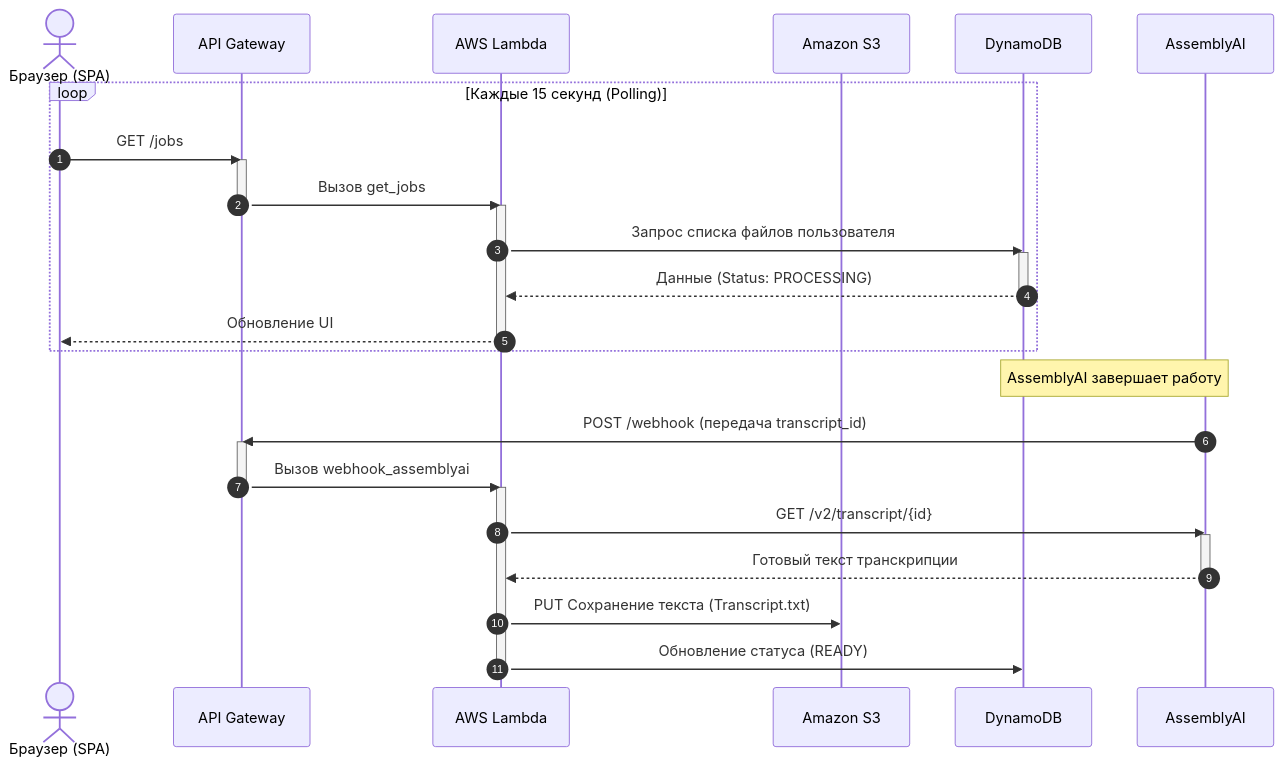
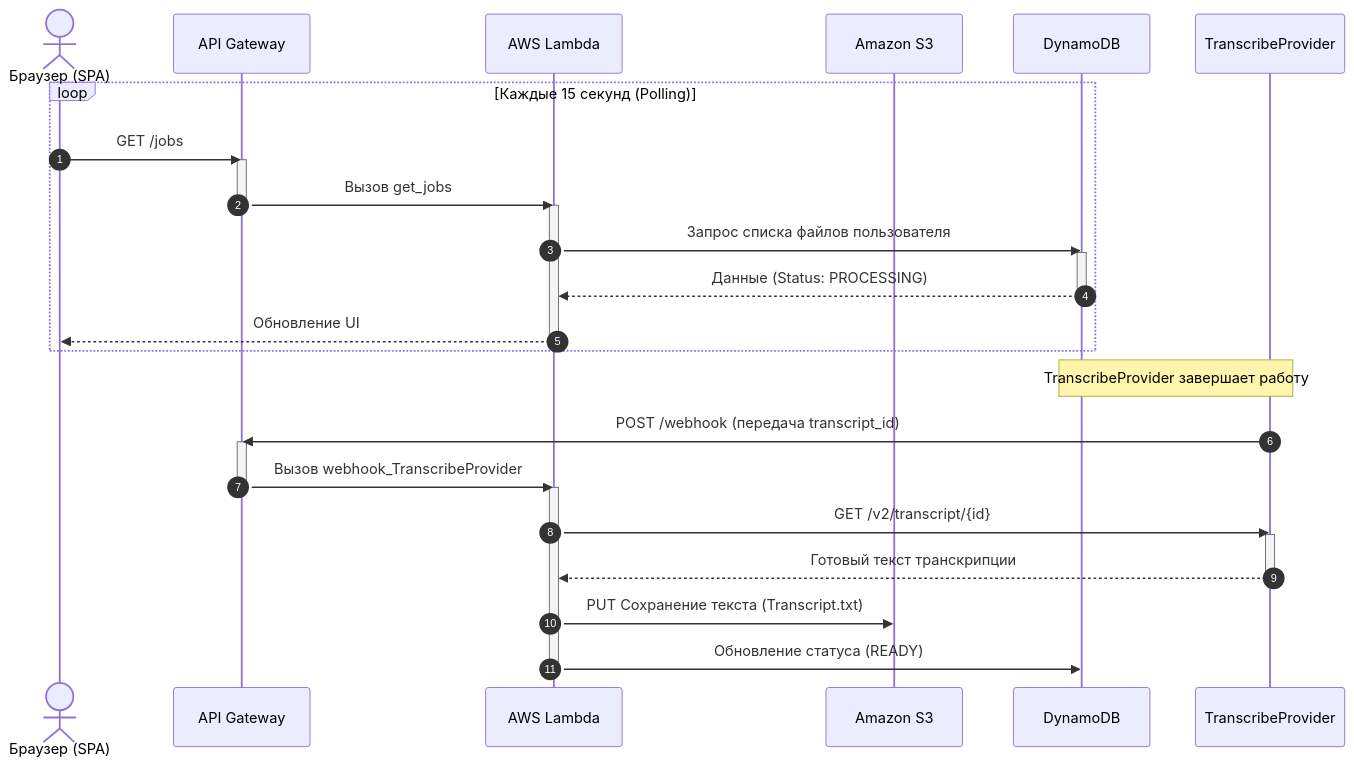
The fourth of 5 diagrams in docs/ru/projects/serverless_transcriber/06-architecture-and-integrations.md (flatura/portfolio), drawn with Mermaid before and after one commit. The commit also changed other lines of this file and 22 other files, not shown here.

Commit message:
Update serverless transcriber documentation: refine technology stack, enhance context and problem descriptions, clarify goals and requirements, and improve architecture and integration details.

````diff
--- a/docs/ru/projects/serverless_transcriber/06-architecture-and-integrations.md
+++ b/docs/ru/projects/serverless_transcriber/06-architecture-and-integrations.md
@@ -100,40 +100,40 @@
 ```mermaid
 sequenceDiagram
     autonumber
     
     actor U as Браузер (SPA)
     participant API as API Gateway
     participant L as AWS Lambda
     participant S3 as Amazon S3
     participant DB as DynamoDB
-    participant AI as AssemblyAI
+    participant AI as TranscribeProvider
     
     loop Каждые 15 секунд (Polling)
         U->>API: GET /jobs
         activate API 
         API->>L: Вызов get_jobs
         deactivate API
         activate L
         L->>DB: Запрос списка файлов пользователя
         activate DB
         DB-->>L: Данные (Status: PROCESSING)
         deactivate DB
         L-->>U: Обновление UI
         deactivate L
     end
 
-    Note over AI, DB: AssemblyAI завершает работу
+    Note over AI, DB: TranscribeProvider завершает работу
     AI->>API: POST /webhook (передача transcript_id)
     activate API
-    API->>L: Вызов webhook_assemblyai
+    API->>L: Вызов webhook_TranscribeProvider
     deactivate API
     activate L
     L->>AI: GET /v2/transcript/{id}
     activate AI
     AI-->>L: Готовый текст транскрипции
     deactivate AI
     L->>S3: PUT Сохранение текста (Transcript.txt)
     L->>DB: Обновление статуса (READY)
     deactivate L
     
 ```
````
